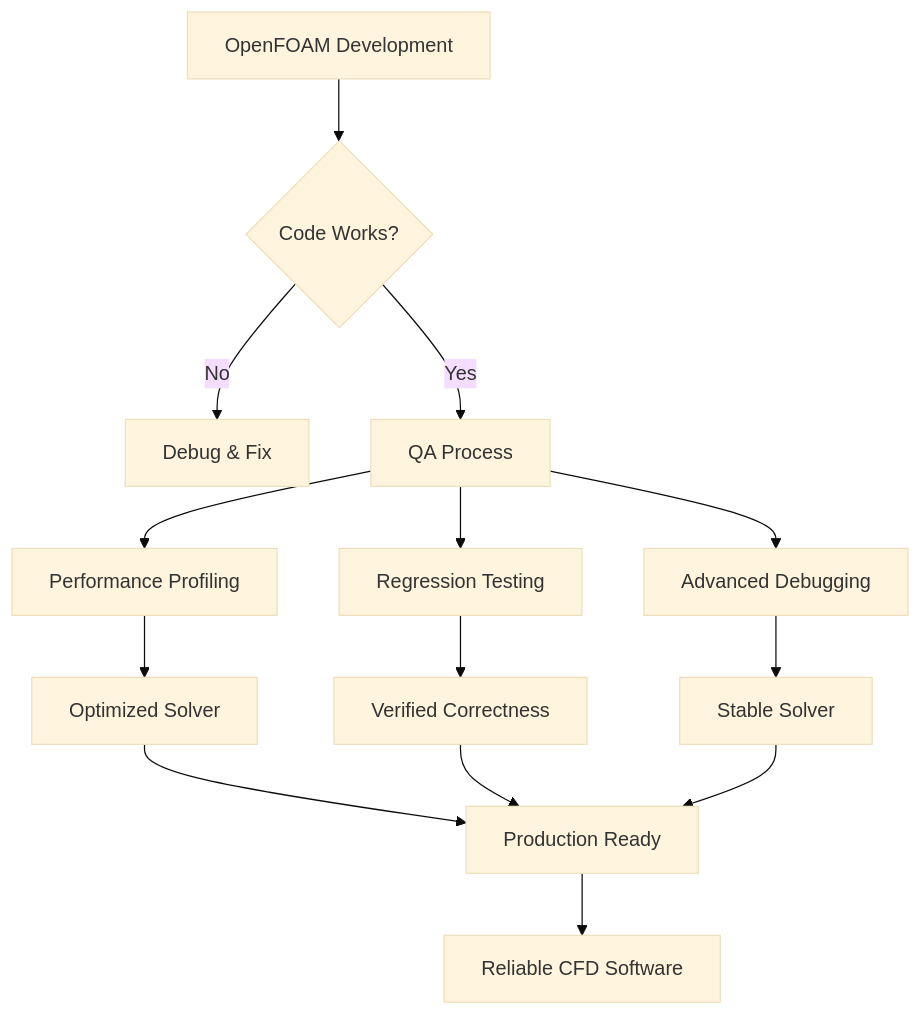
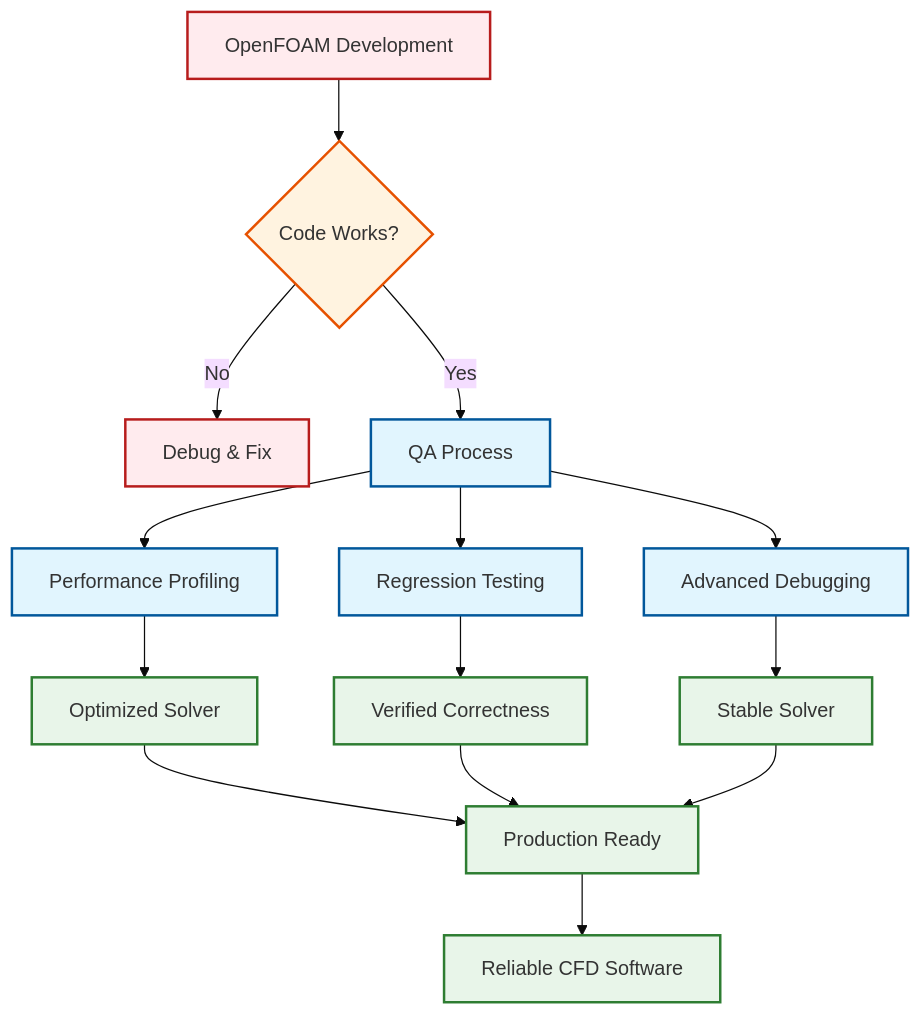
Before and after one commit to wramet/build-my-cfd: the first of 2 diagrams in MODULE_08_TESTING_VALIDATION/CONTENT/04_QA_AUTOMATION_PROFILING/00_Overview.md, drawn with Mermaid (base theme). The commit also changed other lines of this file and 313 other files, not shown here.

Commit message:
Revise all diagram

````diff
--- a/MODULE_08_TESTING_VALIDATION/CONTENT/04_QA_AUTOMATION_PROFILING/00_Overview.md
+++ b/MODULE_08_TESTING_VALIDATION/CONTENT/04_QA_AUTOMATION_PROFILING/00_Overview.md
@@ -29,16 +29,20 @@
 ```mermaid
-graph TD
-    A[OpenFOAM Development] --> B{Code Works?}
-    B -- No --> C[Debug & Fix]
-    B -- Yes --> D[QA Process]
-    D --> E[Performance Profiling]
-    D --> F[Regression Testing]
-    D --> G[Advanced Debugging]
-    E --> H[Optimized Solver]
-    F --> I[Verified Correctness]
-    G --> J[Stable Solver]
-    H --> K[Production Ready]
-    I --> K
-    J --> K
-    K --> L[Reliable CFD Software]
+flowchart TD
+classDef implicit fill:#e1f5fe,stroke:#01579b,stroke-width:2px
+classDef explicit fill:#ffebee,stroke:#b71c1c,stroke-width:2px
+classDef success fill:#e8f5e9,stroke:#2e7d32,stroke-width:2px
+classDef warning fill:#fff3e0,stroke:#e65100,stroke-width:2px
+A[OpenFOAM Development]:::explicit --> B{Code Works?}:::warning
+B -- No --> C[Debug & Fix]:::explicit
+B -- Yes --> D[QA Process]:::implicit
+D --> E[Performance Profiling]:::implicit
+D --> F[Regression Testing]:::implicit
+D --> G[Advanced Debugging]:::implicit
+E --> H[Optimized Solver]:::success
+F --> I[Verified Correctness]:::success
+G --> J[Stable Solver]:::success
+H --> K[Production Ready]:::success
+I --> K
+J --> K
+K --> L[Reliable CFD Software]:::success
 ```
````
